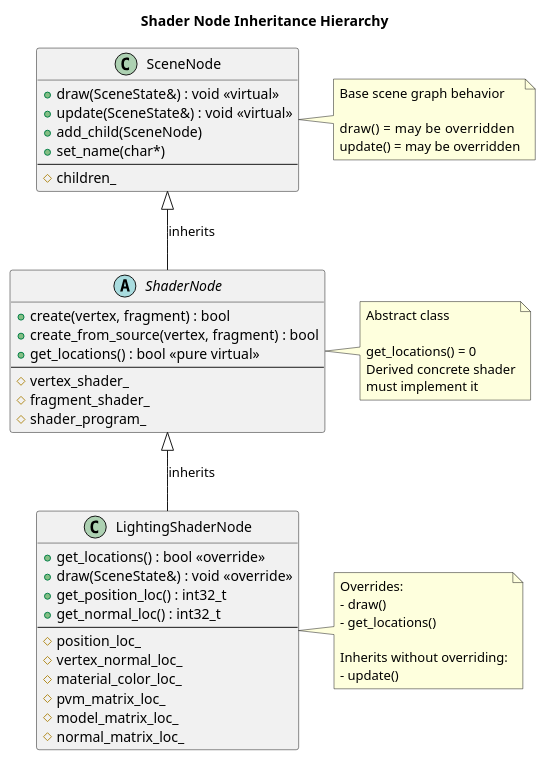
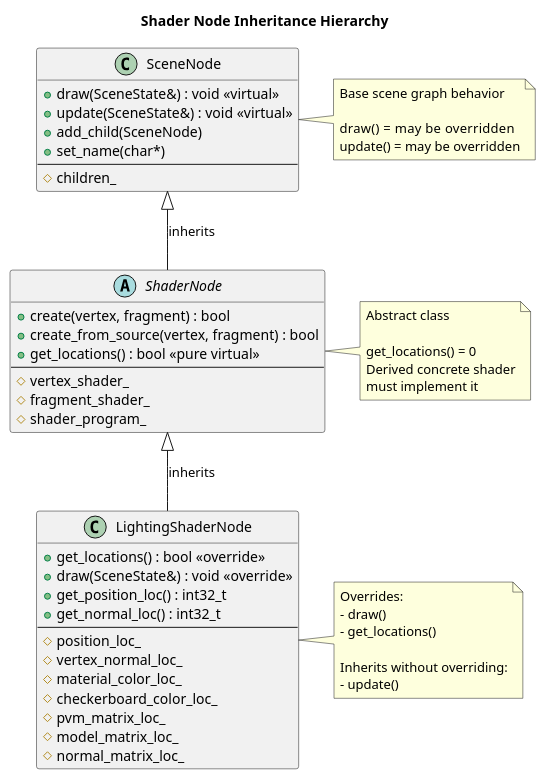
Before and after one commit to katmoormann99/graphics-sandbox: the diagram in scene/ShaderNodeInheritance.puml, drawn with PlantUML. The commit also changed 11 other files, not shown here.

```diff
--- a/scene/ShaderNodeInheritance.puml
+++ b/scene/ShaderNodeInheritance.puml
@@ -1,65 +1,66 @@
 @startuml
 
 title Shader Node Inheritance Hierarchy
 
 class SceneNode {
     + draw(SceneState&) : void <<virtual>>
     + update(SceneState&) : void <<virtual>>
     + add_child(SceneNode)
     + set_name(char*)
     --
     # children_
 }
 
 abstract class ShaderNode {
     + create(vertex, fragment) : bool
     + create_from_source(vertex, fragment) : bool
     + get_locations() : bool <<pure virtual>>
     --
     # vertex_shader_
     # fragment_shader_
     # shader_program_
 }
 
 class LightingShaderNode {
     + get_locations() : bool <<override>>
     + draw(SceneState&) : void <<override>>
     + get_position_loc() : int32_t
     + get_normal_loc() : int32_t
     --
     # position_loc_
     # vertex_normal_loc_
     # material_color_loc_
+    # checkerboard_color_loc_
     # pvm_matrix_loc_
     # model_matrix_loc_
     # normal_matrix_loc_
 }
 
 SceneNode <|-- ShaderNode : inherits
 ShaderNode <|-- LightingShaderNode : inherits
 
 note right of SceneNode
   Base scene graph behavior
 
   draw()   = may be overridden
   update() = may be overridden
 end note
 
 note right of ShaderNode
   Abstract class
 
   get_locations() = 0
   Derived concrete shader
   must implement it
 end note
 
 note right of LightingShaderNode
   Overrides:
   - draw()
   - get_locations()
 
   Inherits without overriding:
   - update()
 end note
 
 @enduml
```
